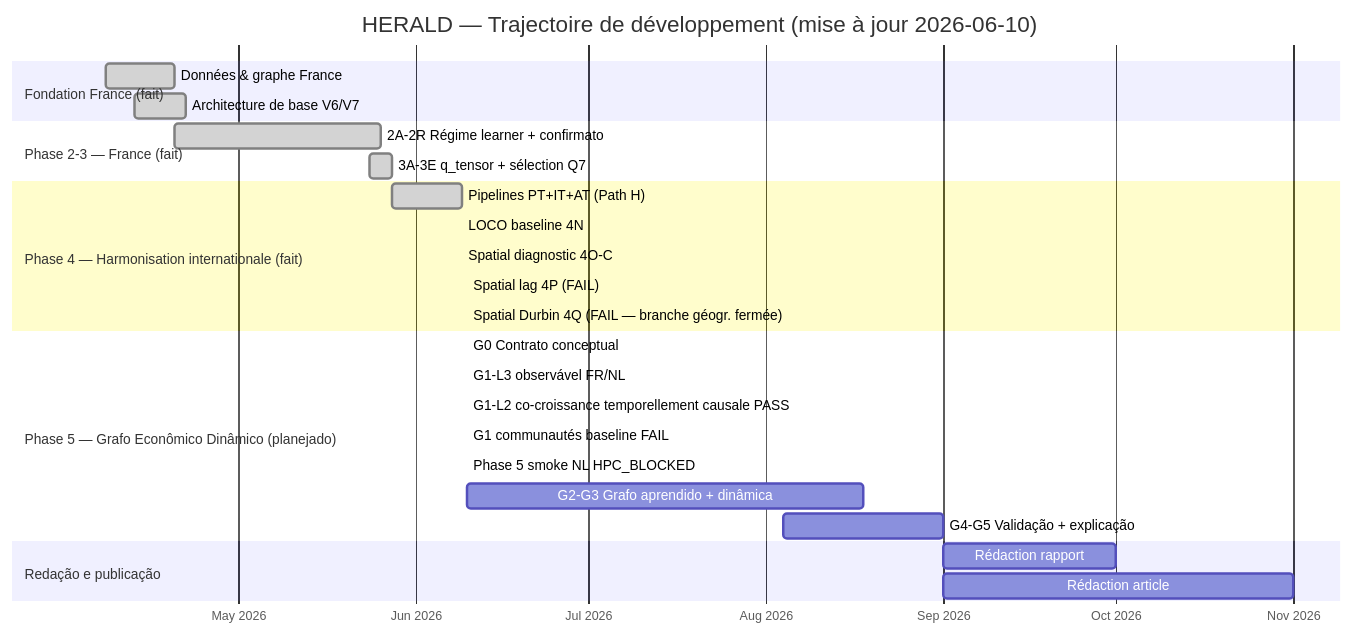
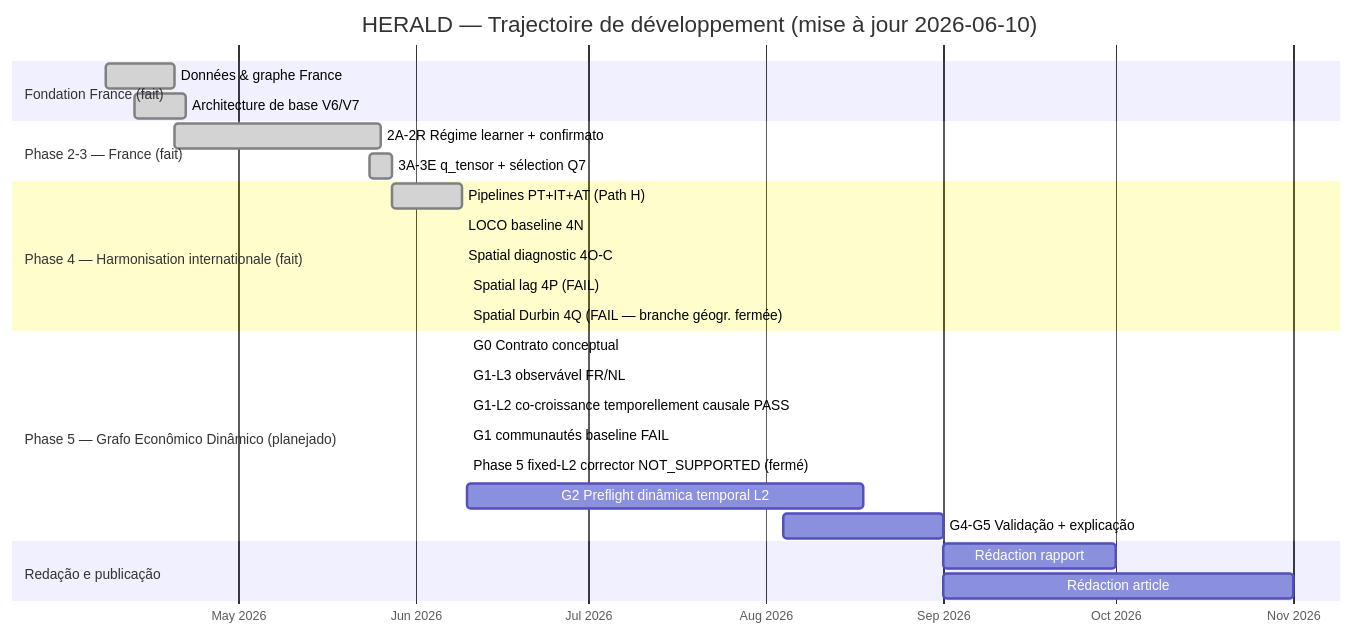
The diagram in README.md (Jpmartinslag/neural-temporal-relational-model), drawn with Mermaid before and after one commit. The commit also changed other lines of this file and 10 other files, not shown here.

First line of the commit message:
phase5: close fixed-L2 corrector branch — NOT_SUPPORTED (DEC-023)

````diff
--- a/README.md
+++ b/README.md
@@ -11,34 +11,34 @@
 ```mermaid
 gantt
     title HERALD — Trajectoire de développement (mise à jour 2026-06-10)
     dateFormat  YYYY-MM-DD
     axisFormat  %b %Y
 
     section Fondation France (fait)
     Données & graphe France          :done, found1, 2026-04-08, 2026-04-20
     Architecture de base V6/V7       :done, found2, 2026-04-13, 2026-04-22
 
     section Phase 2-3 — France (fait)
     2A-2R Régime learner + confirmato :done, p2, 2026-04-20, 2026-05-26
     3A-3E q_tensor + sélection Q7     :done, p3, 2026-05-24, 2026-05-28
 
     section Phase 4 — Harmonisation internationale (fait)
     Pipelines PT+IT+AT (Path H)      :done, p4data, 2026-05-28, 2026-06-09
     LOCO baseline 4N                 :done, p4n, 2026-06-09, 2026-06-09
     Spatial diagnostic 4O-C          :done, p4o, 2026-06-09, 2026-06-09
     Spatial lag 4P (FAIL)            :done, p4p, 2026-06-10, 2026-06-10
     Spatial Durbin 4Q (FAIL — branche géogr. fermée) :done, p4q, 2026-06-10, 2026-06-10
 
     section Phase 5 — Grafo Econômico Dinâmico (planejado)
     G0 Contrato conceptual           :done, p5g0, 2026-06-10, 2026-06-10
     G1-L3 observável FR/NL           :done, p5g1a, 2026-06-10, 2026-06-10
     G1-L2 co-croissance temporellement causale PASS  :done, p5g1b, 2026-06-10, 2026-06-10
     G1 communautés baseline FAIL     :done, p5g1c, 2026-06-10, 2026-06-10
-    Phase 5 smoke NL HPC_BLOCKED     :done, p5smoke, 2026-06-10, 2026-06-10
-    G2-G3 Grafo aprendido + dinâmica :p5g2, after p5g1b, 2026-08-18
+    Phase 5 fixed-L2 corrector NOT_SUPPORTED (fermé) :done, p5smoke, 2026-06-10, 2026-06-10
+    G2 Preflight dinâmica temporal L2 :p5g2, 2026-06-10, 2026-08-18
     G4-G5 Validação + explicação     :p5g4, 2026-08-04, 2026-09-01
 
     section Redação e publicação
     Rédaction rapport                :rep, after p5g4, 2026-10-01
     Rédaction article                :paper, after p5g4, 2026-11-01
 ```
````
